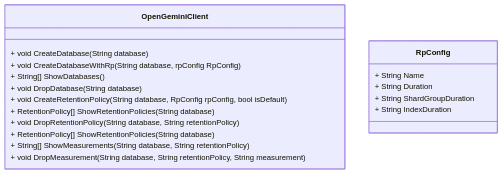
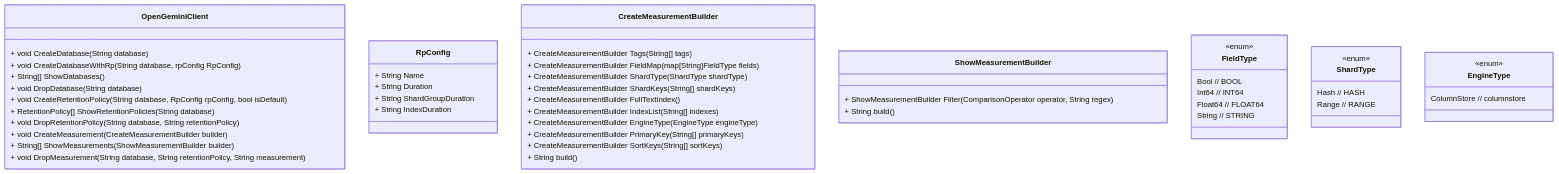
Before and after one commit to openGemini/openGemini.github.io: the second of 9 diagrams in src/guide/develop/client_design.md, drawn with Mermaid. The commit also changed 1 other file, not shown here.

Commit message:
chore: redefine measurement manage api

````diff
--- a/src/guide/develop/client_design.md
+++ b/src/guide/develop/client_design.md
@@ -59,21 +59,53 @@
 ```mermaid
 classDiagram
     class OpenGeminiClient {
         + void CreateDatabase(String database)
         + void CreateDatabaseWithRp(String database, rpConfig RpConfig)
         + String[] ShowDatabases()
         + void DropDatabase(String database)
         + void CreateRetentionPolicy(String database, RpConfig rpConfig, bool isDefault)
         + RetentionPolicy[] ShowRetentionPolicies(String database)
         + void DropRetentionPolicy(String database, String retentionPolicy)
-        + RetentionPolicy[] ShowRetentionPolicies(String database)
-        + String[] ShowMeasurements(String database, String retentionPolicy)
+        + void CreateMeasurement(CreateMeasurementBuilder builder)
+        + String[] ShowMeasurements(ShowMeasurementBuilder builder)
         + void DropMeasurement(String database, String retentionPolicy, String measurement)
     }
     class RpConfig {
         + String Name
         + String Duration
         + String ShardGroupDuration
         + String IndexDuration
     }
+    class CreateMeasurementBuilder {
+        + CreateMeasurementBuilder Tags(String[] tags)
+        + CreateMeasurementBuilder FieldMap(map[String]FieldType fields)
+        + CreateMeasurementBuilder ShardType(ShardType shardType)
+        + CreateMeasurementBuilder ShardKeys(String[] shardKeys)
+        + CreateMeasurementBuilder FullTextIndex()
+        + CreateMeasurementBuilder IndexList(String[] indexes)
+        + CreateMeasurementBuilder EngineType(EngineType engineType)
+        + CreateMeasurementBuilder PrimaryKey(String[] primaryKeys)
+        + CreateMeasurementBuilder SortKeys(String[] sortKeys)
+        + String build()
+    }
+    class ShowMeasurementBuilder {
+        + ShowMeasurementBuilder Filter(ComparisonOperator operator, String regex)
+        + String build()
+    }
+    class FieldType {
+        <<enum>>
+        Bool  // BOOL
+        Int64  // INT64
+        Float64 // FLOAT64
+        String // STRING
+    }
+    class ShardType {
+        <<enum>>
+        Hash // HASH
+        Range // RANGE
+    }
+    class EngineType {
+        <<enum>>
+        ColumnStore // columnstore
+    }
 ```
````
